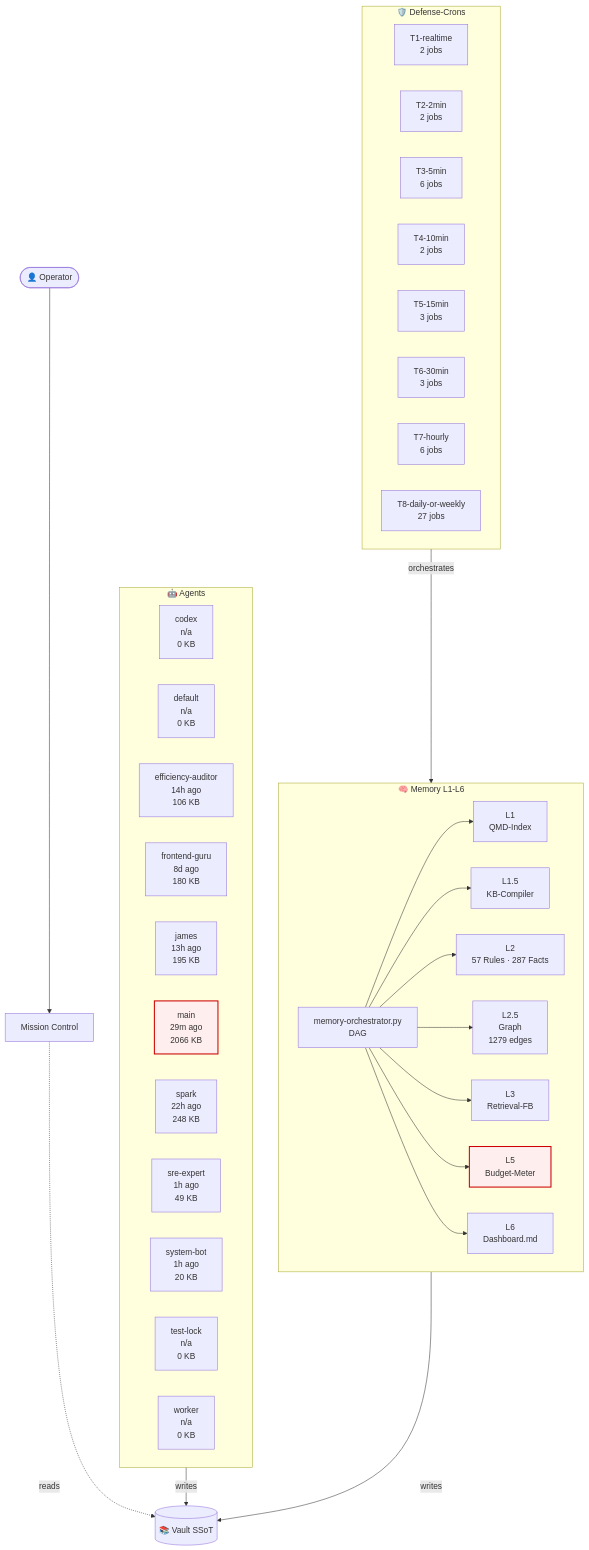
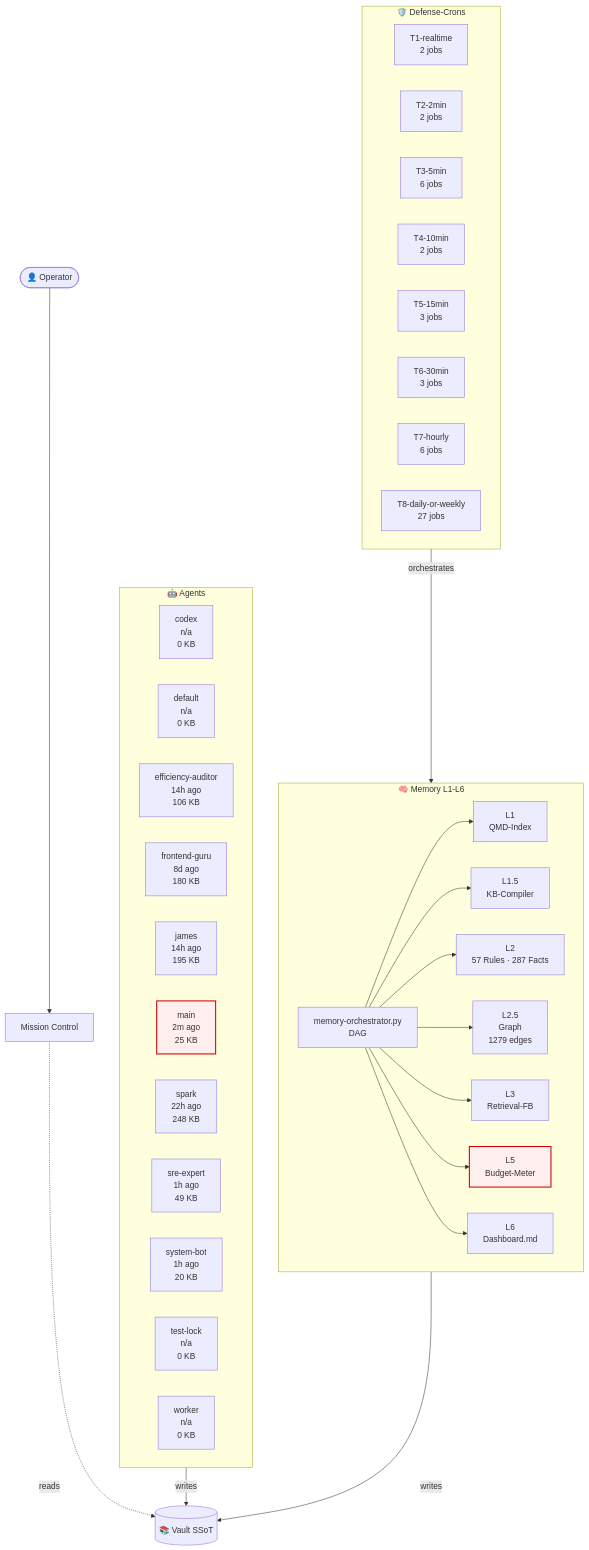
Before and after one commit to lenardhuebner88-rgb/openclaw-memory: the diagram in 03-Agents/architecture-live.md, drawn with Mermaid. The commit also changed other lines of this file and 2 other files, not shown here.

````diff
--- a/03-Agents/architecture-live.md
+++ b/03-Agents/architecture-live.md
@@ -18,54 +18,54 @@
 ```mermaid
 flowchart TB
     classDef critical fill:#fee,stroke:#c00,stroke-width:2px;
     subgraph AGT["🤖 Agents"]
         agent_codex["codex<br/>n/a<br/>0 KB"]
         agent_default["default<br/>n/a<br/>0 KB"]
         agent_efficiency_auditor["efficiency-auditor<br/>14h ago<br/>106 KB"]
         agent_frontend_guru["frontend-guru<br/>8d ago<br/>180 KB"]
-        agent_james["james<br/>13h ago<br/>195 KB"]
-        agent_main["main<br/>29m ago<br/>2066 KB"]
+        agent_james["james<br/>14h ago<br/>195 KB"]
+        agent_main["main<br/>2m ago<br/>25 KB"]
         agent_spark["spark<br/>22h ago<br/>248 KB"]
         agent_sre_expert["sre-expert<br/>1h ago<br/>49 KB"]
         agent_system_bot["system-bot<br/>1h ago<br/>20 KB"]
         agent_test_lock["test-lock<br/>n/a<br/>0 KB"]
         agent_worker["worker<br/>n/a<br/>0 KB"]
     end
     subgraph MEM["🧠 Memory L1-L6"]
         L1["L1<br/>QMD-Index"]
         L15["L1.5<br/>KB-Compiler"]
         L2["L2<br/>57 Rules · 287 Facts"]
         L25["L2.5<br/>Graph<br/>1279 edges"]
         L3["L3<br/>Retrieval-FB"]
         L5["L5<br/>Budget-Meter"]
         L6["L6<br/>Dashboard.md"]
         ORCH["memory-orchestrator.py<br/>DAG"]
     end
     subgraph CRN["🛡️ Defense-Crons"]
         tier_T1_realtime["T1-realtime<br/>2 jobs"]
         tier_T2_2min["T2-2min<br/>2 jobs"]
         tier_T3_5min["T3-5min<br/>6 jobs"]
         tier_T4_10min["T4-10min<br/>2 jobs"]
         tier_T5_15min["T5-15min<br/>3 jobs"]
         tier_T6_30min["T6-30min<br/>3 jobs"]
         tier_T7_hourly["T7-hourly<br/>6 jobs"]
         tier_T8_daily_or_weekly["T8-daily-or-weekly<br/>27 jobs"]
     end
     VAULT[("📚 Vault SSoT")]
     OP([👤 Operator])
     MC["Mission Control"]
     OP --> MC
     MC -.reads.-> VAULT
     AGT -->|writes| VAULT
     MEM -->|writes| VAULT
     ORCH --> L1
     ORCH --> L15
     ORCH --> L2
     ORCH --> L25
     ORCH --> L3
     ORCH --> L5
     ORCH --> L6
     CRN -->|orchestrates| MEM
     class L5 critical
     class agent_main critical
 ```
````
